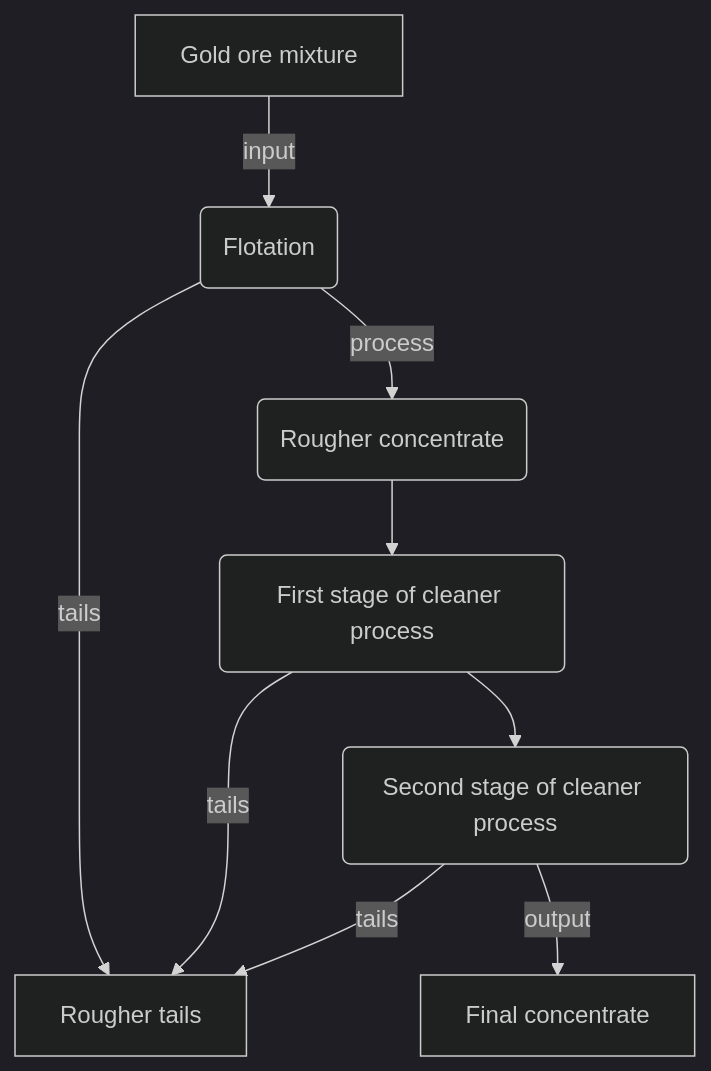
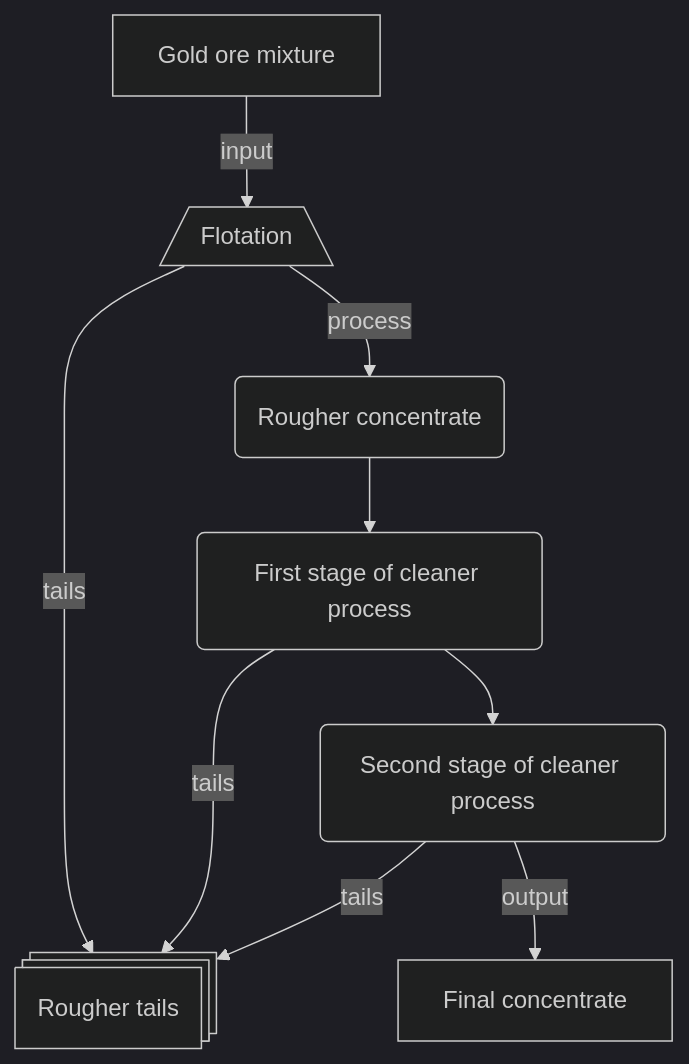
One commit to UmbertoFasci/Zyfra_Recovery_Optimization changed the first of 3 diagrams in README.md. Above: the diagram before and after it, drawn with Mermaid (dark theme). The commit also changed other lines of this file, not shown here.

Commit message:
update process graphs

````diff
--- a/README.md
+++ b/README.md
@@ -23,11 +23,11 @@
 ```mermaid
 flowchart TD
-    A[Gold ore mixture] --> |input| B(Flotation)
+    A[Gold ore mixture] --> |input| B[/Flotation\]
     B --> |process| C(Rougher concentrate)
-    B --> |tails| D[Rougher tails]
+    B --> |tails| D@{ shape: procs, label: "Rougher tails" }
     C --> E(First stage of cleaner process)
     E --> |tails| D
     E --> F(Second stage of cleaner process)
     F --> |tails| D
     F --> |output| G[Final concentrate]
 ```
````
